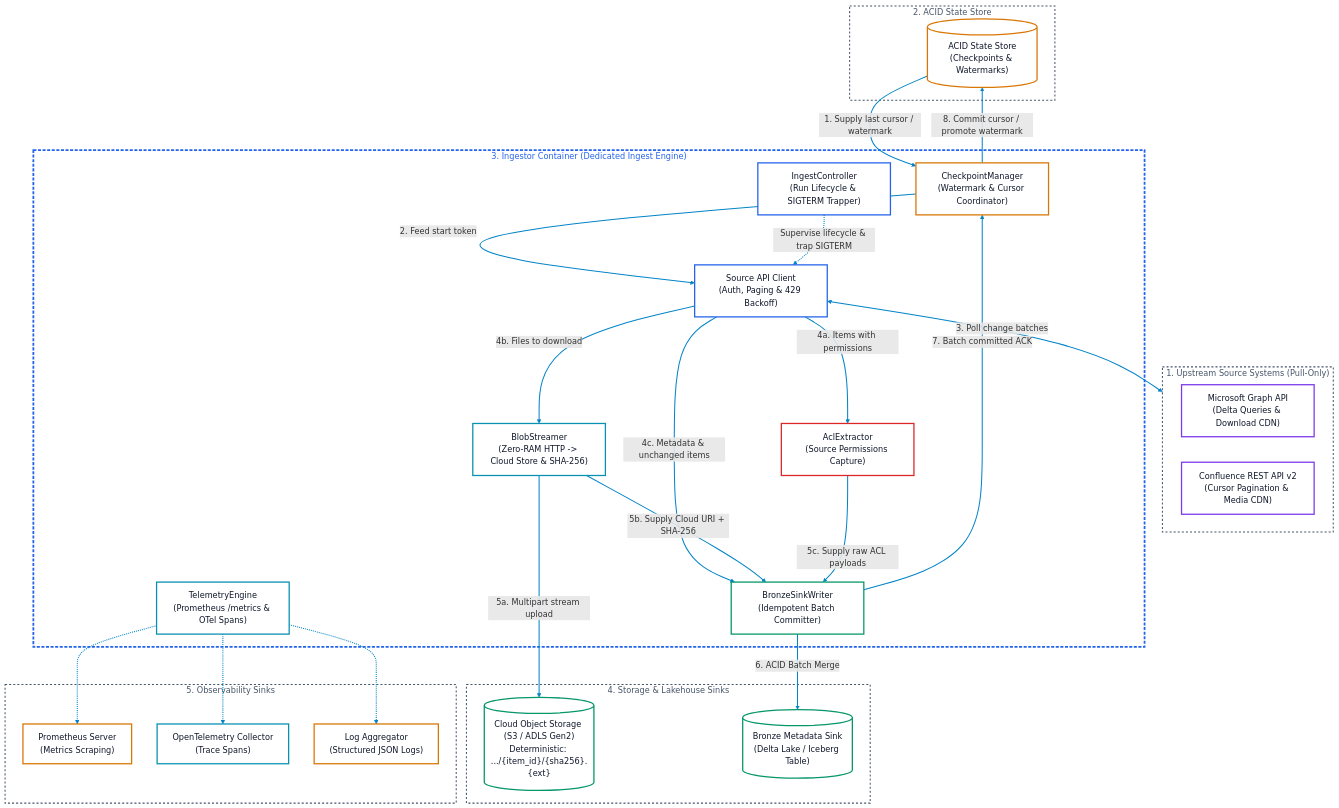
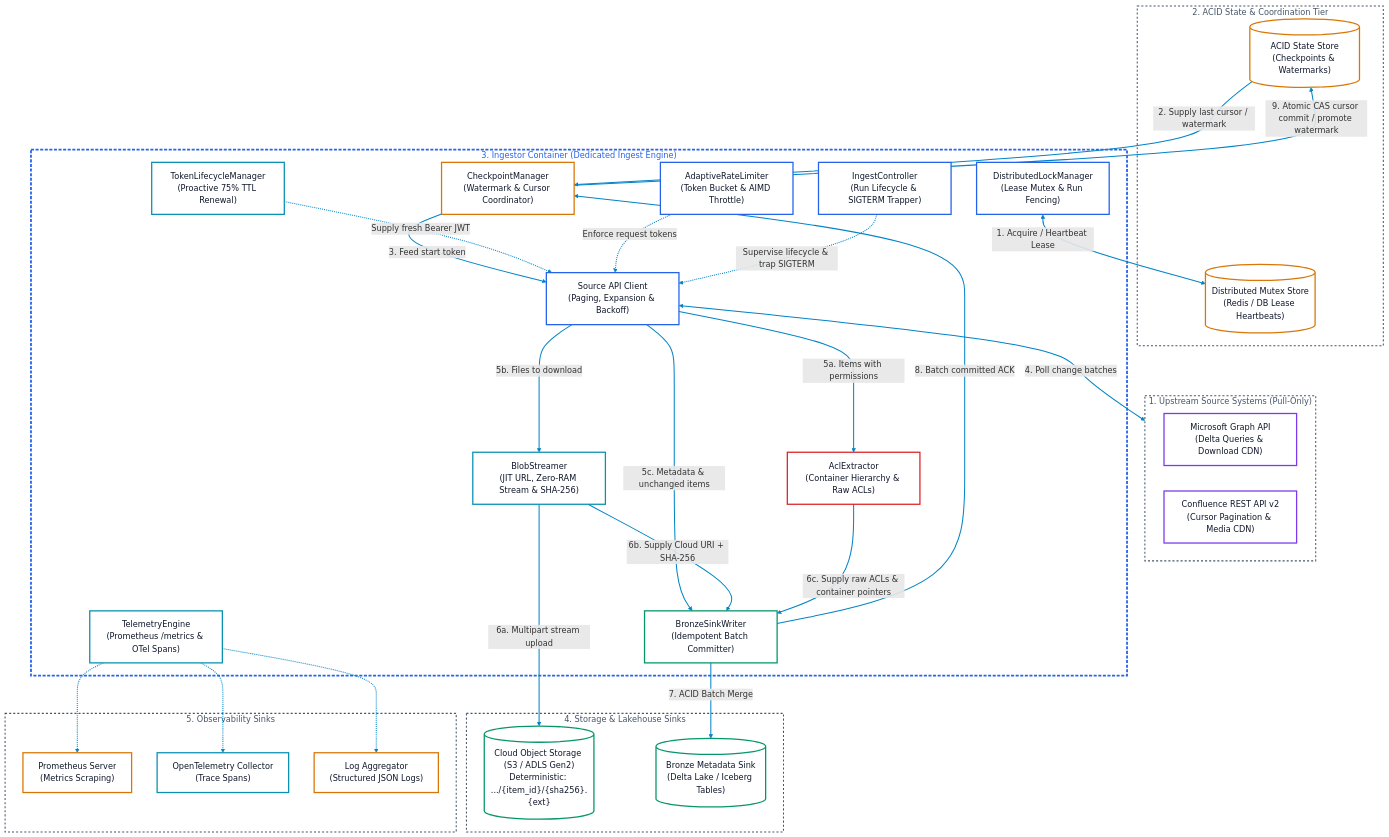
The first of 2 diagrams in docs/architectures/README.md (toanbui626391/document_ingestors), drawn with Mermaid before and after one commit. The commit also changed other lines of this file and 2 other files, not shown here.

Commit message:
feat(architecture): harden ingestors against top 5 enterprise failure modes

````diff
--- a/docs/architectures/README.md
+++ b/docs/architectures/README.md
@@ -23,74 +23,81 @@
 ```mermaid
 flowchart TD
     subgraph Upstream ["1. Upstream Source Systems (Pull-Only)"]
         SP_API["Microsoft Graph API\n(Delta Queries & Download CDN)"]:::purple
         CF_API["Confluence REST API v2\n(Cursor Pagination & Media CDN)"]:::purple
     end
 
-    subgraph StateTier ["2. ACID State Store"]
+    subgraph CoordTier ["2. ACID State & Coordination Tier"]
         StateDB[("ACID State Store\n(Checkpoints & Watermarks)")]:::amber
+        LockStore[("Distributed Mutex Store\n(Redis / DB Lease Heartbeats)")]:::amber
     end
 
     subgraph Ingestor ["3. Ingestor Container (Dedicated Ingest Engine)"]
+        LockMgr["DistributedLockManager\n(Lease Mutex & Run Fencing)"]:::blue
         Controller["IngestController\n(Run Lifecycle & SIGTERM Trapper)"]:::blue
+        TokenMgr["TokenLifecycleManager\n(Proactive 75% TTL Renewal)"]:::cyan
         CheckpointMgr["CheckpointManager\n(Watermark & Cursor Coordinator)"]:::amber
-        SourceClient["Source API Client\n(Auth, Paging & 429 Backoff)"]:::blue
-        AclExtractor["AclExtractor\n(Source Permissions Capture)"]:::red
-        BlobStreamer["BlobStreamer\n(Zero-RAM HTTP -> Cloud Store & SHA-256)"]:::cyan
+        RateLimiter["AdaptiveRateLimiter\n(Token Bucket & AIMD Throttle)"]:::blue
+        SourceClient["Source API Client\n(Paging, Expansion & Backoff)"]:::blue
+        AclExtractor["AclExtractor\n(Container Hierarchy & Raw ACLs)"]:::red
+        BlobStreamer["BlobStreamer\n(JIT URL, Zero-RAM Stream & SHA-256)"]:::cyan
         BronzeWriter["BronzeSinkWriter\n(Idempotent Batch Committer)"]:::green
         Telemetry["TelemetryEngine\n(Prometheus /metrics & OTel Spans)"]:::cyan
     end
 
     subgraph Sinks ["4. Storage & Lakehouse Sinks"]
         BlobStore[("Cloud Object Storage (S3 / ADLS Gen2)\nDeterministic: .../{item_id}/{sha256}.{ext}")]:::green
-        BronzeTable[("Bronze Metadata Sink\n(Delta Lake / Iceberg Table)")]:::green
+        BronzeTable[("Bronze Metadata Sink\n(Delta Lake / Iceberg Tables)")]:::green
     end
 
     subgraph Observers ["5. Observability Sinks"]
         Prom["Prometheus Server\n(Metrics Scraping)"]:::amber
         Otel["OpenTelemetry Collector\n(Trace Spans)"]:::cyan
         Logs["Log Aggregator\n(Structured JSON Logs)"]:::amber
     end
 
     %% Data Flow Transitions
-    StateDB -->|1. Supply last cursor / watermark| CheckpointMgr
-    CheckpointMgr -->|2. Feed start token| SourceClient
-    SourceClient <-->|3. Poll change batches| Upstream
+    LockMgr <-->|1. Acquire / Heartbeat Lease| LockStore
+    StateDB -->|2. Supply last cursor / watermark| CheckpointMgr
+    CheckpointMgr -->|3. Feed start token| SourceClient
+    TokenMgr -.->|Supply fresh Bearer JWT| SourceClient
+    RateLimiter -.->|Enforce request tokens| SourceClient
+    SourceClient <-->|4. Poll change batches| Upstream
 
-    SourceClient -->|4a. Items with permissions| AclExtractor
-    SourceClient -->|4b. Files to download| BlobStreamer
-    SourceClient -->|4c. Metadata & unchanged items| BronzeWriter
+    SourceClient -->|5a. Items with permissions| AclExtractor
+    SourceClient -->|5b. Files to download| BlobStreamer
+    SourceClient -->|5c. Metadata & unchanged items| BronzeWriter
 
-    BlobStreamer -->|5a. Multipart stream upload| BlobStore
-    BlobStreamer -->|5b. Supply Cloud URI + SHA-256| BronzeWriter
-    AclExtractor -->|5c. Supply raw ACL payloads| BronzeWriter
+    BlobStreamer -->|6a. Multipart stream upload| BlobStore
+    BlobStreamer -->|6b. Supply Cloud URI + SHA-256| BronzeWriter
+    AclExtractor -->|6c. Supply raw ACLs & container pointers| BronzeWriter
 
-    BronzeWriter -->|6. ACID Batch Merge| BronzeTable
-    BronzeWriter -->|7. Batch committed ACK| CheckpointMgr
-    CheckpointMgr -->|8. Commit cursor / promote watermark| StateDB
+    BronzeWriter -->|7. ACID Batch Merge| BronzeTable
+    BronzeWriter -->|8. Batch committed ACK| CheckpointMgr
+    CheckpointMgr -->|9. Atomic CAS cursor commit / promote watermark| StateDB
 
     %% Controller & Telemetry
     Controller -.->|Supervise lifecycle & trap SIGTERM| SourceClient
     Telemetry -.-> Prom
     Telemetry -.-> Otel
     Telemetry -.-> Logs
 
     %% Subgraphs Style (Bigger container has thicker border line)
     style Upstream fill:none,stroke:#475569,stroke-width:2px,stroke-dasharray: 4 4,color:#475569
-    style StateTier fill:none,stroke:#475569,stroke-width:2px,stroke-dasharray: 4 4,color:#475569
+    style CoordTier fill:none,stroke:#475569,stroke-width:2px,stroke-dasharray: 4 4,color:#475569
     style Ingestor fill:none,stroke:#2563eb,stroke-width:3.5px,stroke-dasharray: 6 3,color:#2563eb
     style Sinks fill:none,stroke:#475569,stroke-width:2px,stroke-dasharray: 4 4,color:#475569
     style Observers fill:none,stroke:#475569,stroke-width:2px,stroke-dasharray: 4 4,color:#475569
 
     %% High-Visibility Link Arrows
     linkStyle default stroke:#0284c7,stroke-width:2px
 
     %% Dual-Mode Card Palette
     classDef default fill:#ffffff,stroke:#475569,stroke-width:2.5px,color:#0f172a;
     classDef blue    fill:#ffffff,stroke:#2563eb,stroke-width:2.5px,color:#0f172a;
     classDef green   fill:#ffffff,stroke:#059669,stroke-width:2.5px,color:#0f172a;
     classDef amber   fill:#ffffff,stroke:#d97706,stroke-width:2.5px,color:#0f172a;
     classDef purple  fill:#ffffff,stroke:#7c3aed,stroke-width:2.5px,color:#0f172a;
     classDef red     fill:#ffffff,stroke:#dc2626,stroke-width:2.5px,color:#0f172a;
     classDef cyan    fill:#ffffff,stroke:#0891b2,stroke-width:2.5px,color:#0f172a;
 ```
````
